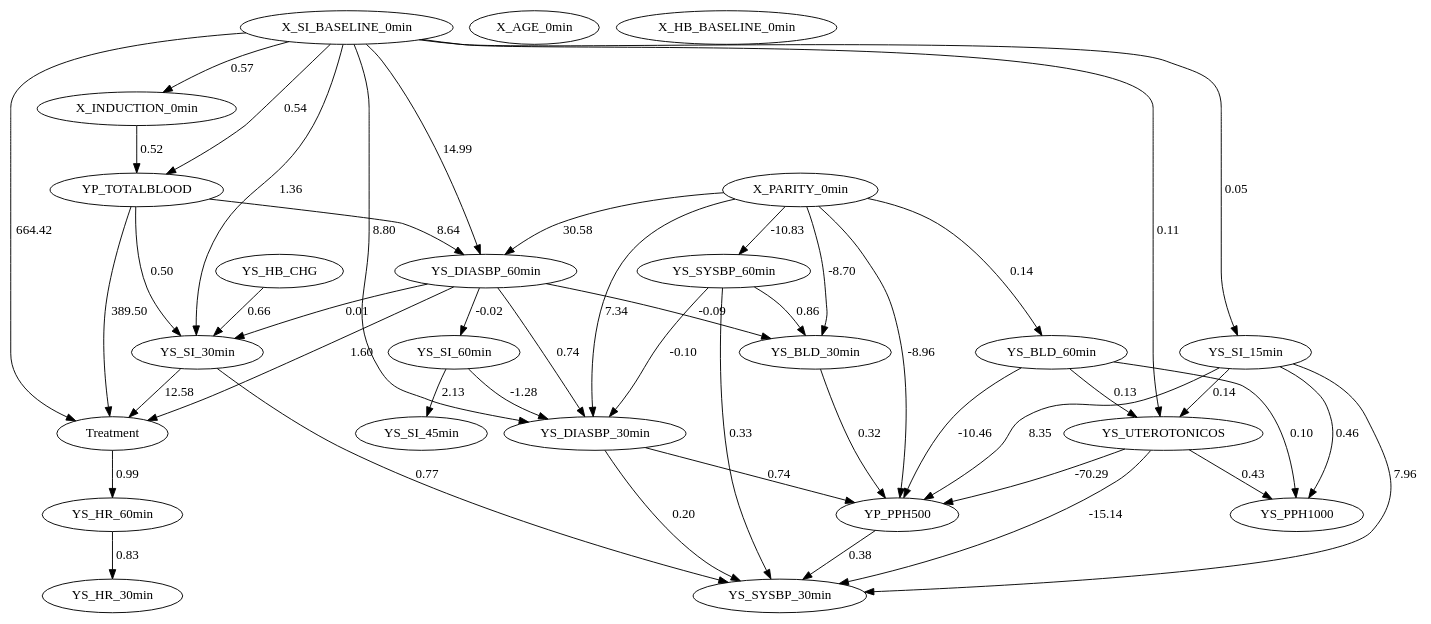
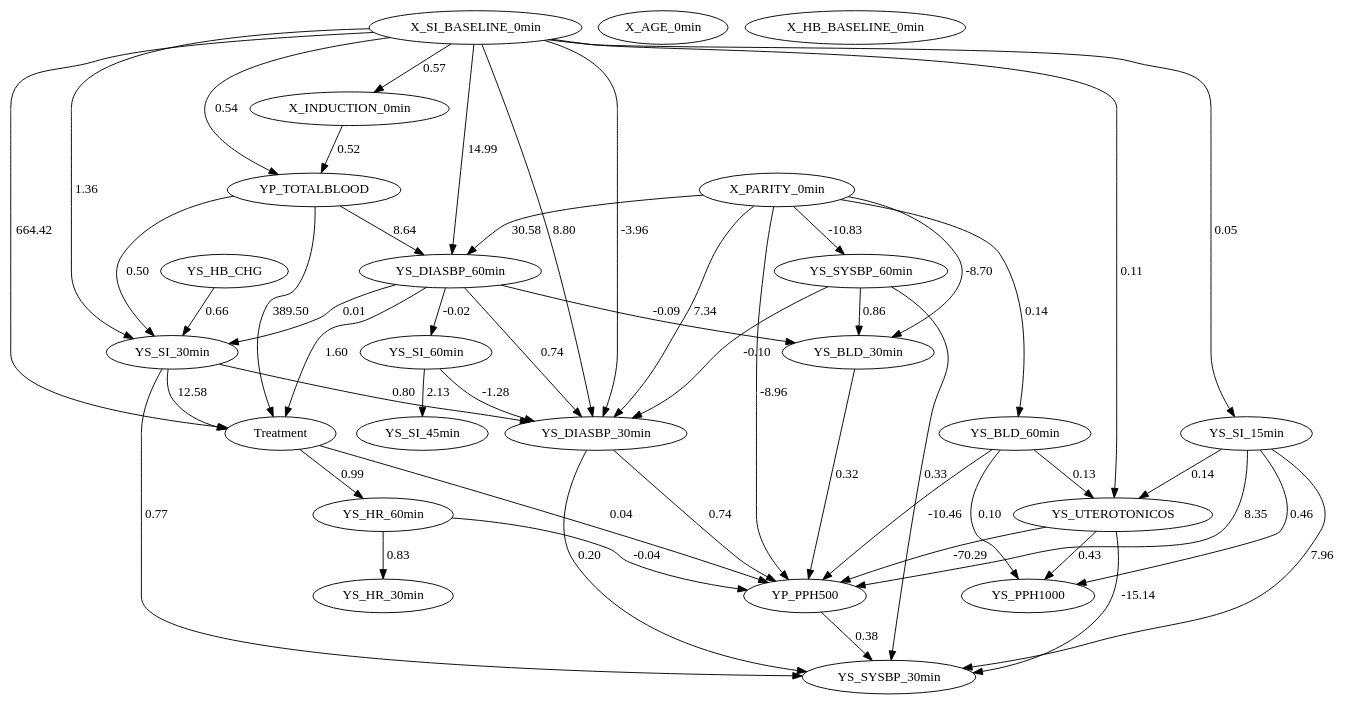
One commit to EduardoBirchal/causal-discovery-clinical-trials changed the diagram in trial13.csv_causal_graph.dot. Above: the diagram before and after it, drawn with Graphviz. The commit also changed 4 other files, not shown here.

```diff
--- a/trial13.csv_causal_graph.dot
+++ b/trial13.csv_causal_graph.dot
@@ -1,75 +1,102 @@
 digraph {
+	Treatment
+	YP_TOTALBLOOD
+	YP_PPH500
+	YS_SYSBP_30min
+	YS_DIASBP_30min
+	YS_HR_30min
+	YS_BLD_30min
+	YS_SYSBP_60min
+	YS_DIASBP_60min
+	YS_HR_60min
+	YS_BLD_60min
+	YS_UTEROTONICOS
+	YS_PPH1000
+	YS_SI_15min
+	YS_SI_30min
+	YS_SI_45min
+	YS_SI_60min
+	YS_HB_CHG
+	X_AGE_0min
+	X_PARITY_0min
+	X_HB_BASELINE_0min
+	X_INDUCTION_0min
+	X_SI_BASELINE_0min
 	Treatment
 	YP_TOTALBLOOD
 	YP_PPH500
 	YS_SYSBP_30min
 	YS_DIASBP_30min
 	YS_HR_30min
 	YS_BLD_30min
 	YS_SYSBP_60min
 	YS_DIASBP_60min
 	YS_HR_60min
 	YS_BLD_60min
 	YS_UTEROTONICOS
 	YS_PPH1000
 	YS_SI_15min
 	YS_SI_30min
 	YS_SI_45min
 	YS_SI_60min
 	YS_HB_CHG
 	X_AGE_0min
 	X_PARITY_0min
 	X_HB_BASELINE_0min
 	X_INDUCTION_0min
 	X_SI_BASELINE_0min
 	YP_TOTALBLOOD -> Treatment [label=389.50]
 	YS_DIASBP_60min -> Treatment [label=1.60]
 	YS_SI_30min -> Treatment [label=12.58]
 	X_SI_BASELINE_0min -> Treatment [label=664.42]
 	X_INDUCTION_0min -> YP_TOTALBLOOD [label=0.52]
 	X_SI_BASELINE_0min -> YP_TOTALBLOOD [label=0.54]
 	YS_DIASBP_30min -> YP_PPH500 [label=0.74]
 	YS_BLD_30min -> YP_PPH500 [label=0.32]
 	YS_BLD_60min -> YP_PPH500 [label=-10.46]
 	YS_UTEROTONICOS -> YP_PPH500 [label=-70.29]
 	YS_SI_15min -> YP_PPH500 [label=8.35]
 	X_PARITY_0min -> YP_PPH500 [label=-8.96]
+	Treatment -> YP_PPH500 [label=0.04]
+	YS_HR_60min -> YP_PPH500 [label=-0.04]
 	YP_PPH500 -> YS_SYSBP_30min [label=0.38]
 	YS_DIASBP_30min -> YS_SYSBP_30min [label=0.20]
 	YS_SYSBP_60min -> YS_SYSBP_30min [label=0.33]
 	YS_UTEROTONICOS -> YS_SYSBP_30min [label=-15.14]
 	YS_SI_15min -> YS_SYSBP_30min [label=7.96]
 	YS_SI_30min -> YS_SYSBP_30min [label=0.77]
 	YS_SYSBP_60min -> YS_DIASBP_30min [label=-0.10]
 	YS_DIASBP_60min -> YS_DIASBP_30min [label=0.74]
 	YS_SI_60min -> YS_DIASBP_30min [label=-1.28]
 	X_PARITY_0min -> YS_DIASBP_30min [label=7.34]
 	X_SI_BASELINE_0min -> YS_DIASBP_30min [label=8.80]
+	YS_SI_30min -> YS_DIASBP_30min [label=0.80]
+	X_SI_BASELINE_0min -> YS_DIASBP_30min [label=-3.96]
 	YS_HR_60min -> YS_HR_30min [label=0.83]
 	YS_SYSBP_60min -> YS_BLD_30min [label=0.86]
 	YS_DIASBP_60min -> YS_BLD_30min [label=-0.09]
 	X_PARITY_0min -> YS_BLD_30min [label=-8.70]
 	X_PARITY_0min -> YS_SYSBP_60min [label=-10.83]
 	YP_TOTALBLOOD -> YS_DIASBP_60min [label=8.64]
 	X_PARITY_0min -> YS_DIASBP_60min [label=30.58]
 	X_SI_BASELINE_0min -> YS_DIASBP_60min [label=14.99]
 	Treatment -> YS_HR_60min [label=0.99]
 	X_PARITY_0min -> YS_BLD_60min [label=0.14]
 	YS_BLD_60min -> YS_UTEROTONICOS [label=0.13]
 	YS_SI_15min -> YS_UTEROTONICOS [label=0.14]
 	X_SI_BASELINE_0min -> YS_UTEROTONICOS [label=0.11]
 	YS_BLD_60min -> YS_PPH1000 [label=0.10]
 	YS_UTEROTONICOS -> YS_PPH1000 [label=0.43]
 	YS_SI_15min -> YS_PPH1000 [label=0.46]
 	X_SI_BASELINE_0min -> YS_SI_15min [label=0.05]
 	YP_TOTALBLOOD -> YS_SI_30min [label=0.50]
 	YS_DIASBP_60min -> YS_SI_30min [label=0.01]
 	YS_HB_CHG -> YS_SI_30min [label=0.66]
 	X_SI_BASELINE_0min -> YS_SI_30min [label=1.36]
 	YS_SI_60min -> YS_SI_45min [label=2.13]
 	YS_DIASBP_60min -> YS_SI_60min [label=-0.02]
 	X_SI_BASELINE_0min -> X_INDUCTION_0min [label=0.57]
 	{
 		rank=same
 	}
 }
```
